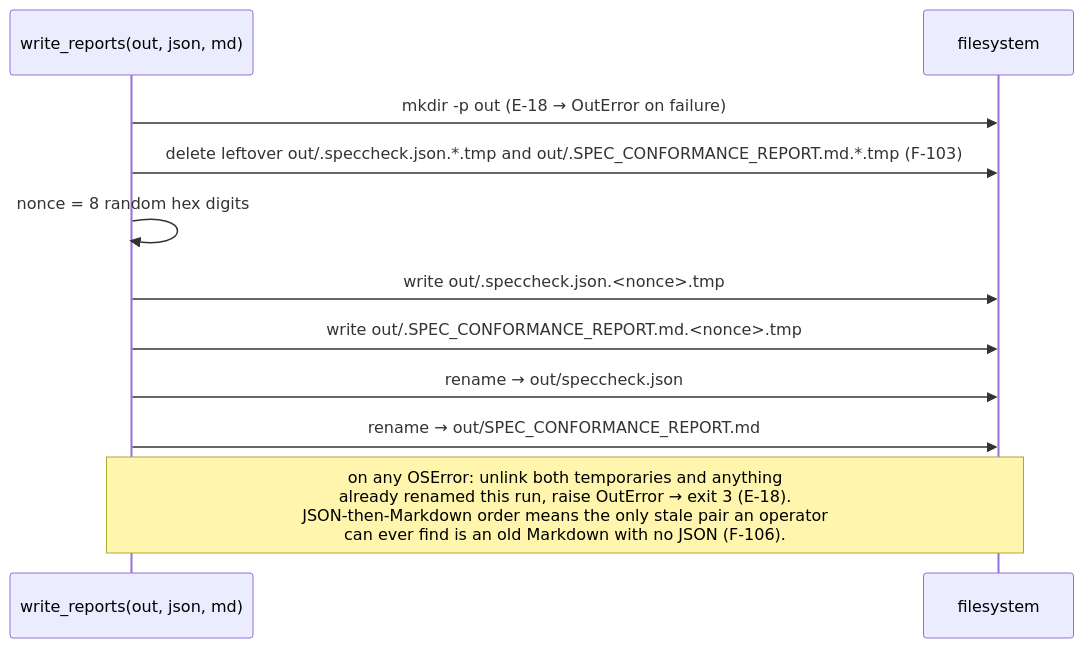
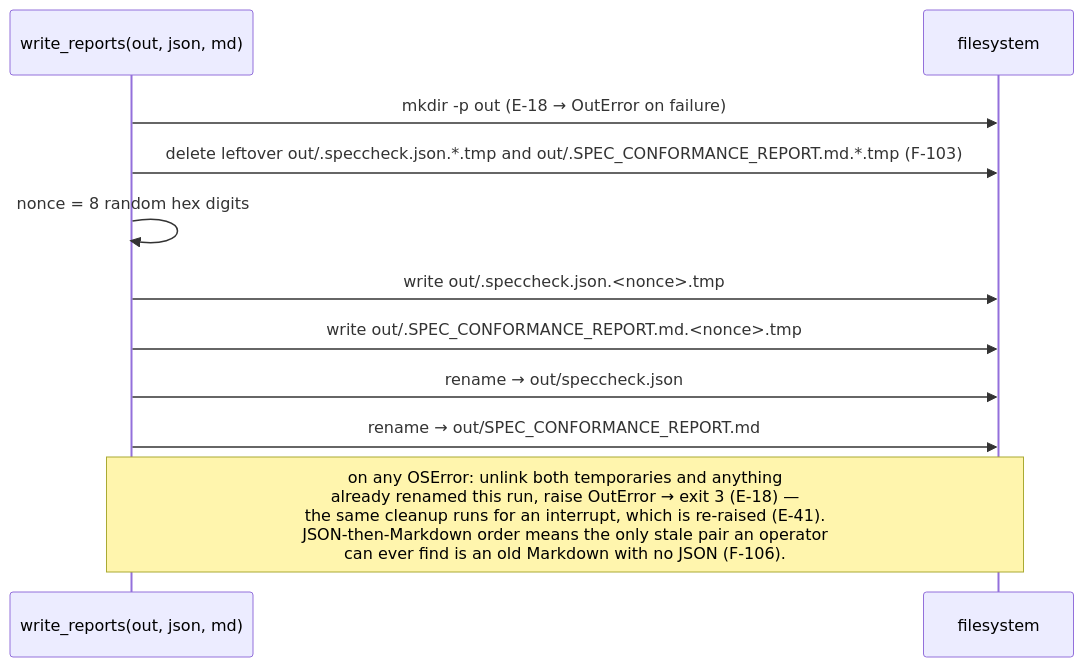
Diagram 11 of 11 in ARCHITECTURE.md (rioffe/speccheck), drawn with Mermaid before and after one commit. The commit also changed other lines of this file and 7 other files, not shown here.

First line of the commit message:
build(speccheck): v1.4.0 — README/ARCHITECTURE reflect the progress indicator and E-41; build report v1.4 increment

````diff
--- a/ARCHITECTURE.md
+++ b/ARCHITECTURE.md
@@ -513,13 +529,13 @@
 ```mermaid
 sequenceDiagram
     participant W as write_reports(out, json, md)
     participant FS as filesystem
     W->>FS: mkdir -p out  (E-18 → OutError on failure)
     W->>FS: delete leftover out/.speccheck.json.*.tmp and out/.SPEC_CONFORMANCE_REPORT.md.*.tmp  (F-103)
     W->>W: nonce = 8 random hex digits
     W->>FS: write out/.speccheck.json.<nonce>.tmp
     W->>FS: write out/.SPEC_CONFORMANCE_REPORT.md.<nonce>.tmp
     W->>FS: rename → out/speccheck.json
     W->>FS: rename → out/SPEC_CONFORMANCE_REPORT.md
-    Note over W,FS: on any OSError: unlink both temporaries and anything<br/>already renamed this run, raise OutError → exit 3 (E-18).<br/>JSON-then-Markdown order means the only stale pair an operator<br/>can ever find is an old Markdown with no JSON (F-106).
+    Note over W,FS: on any OSError: unlink both temporaries and anything<br/>already renamed this run, raise OutError → exit 3 (E-18) —<br/>the same cleanup runs for an interrupt, which is re-raised (E-41).<br/>JSON-then-Markdown order means the only stale pair an operator<br/>can ever find is an old Markdown with no JSON (F-106).
 ```
````
